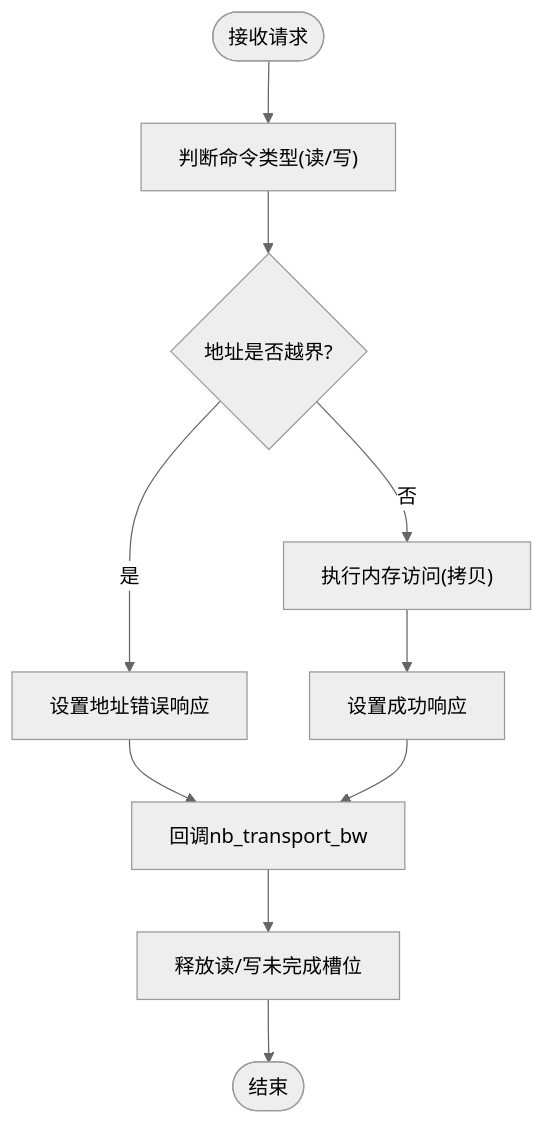
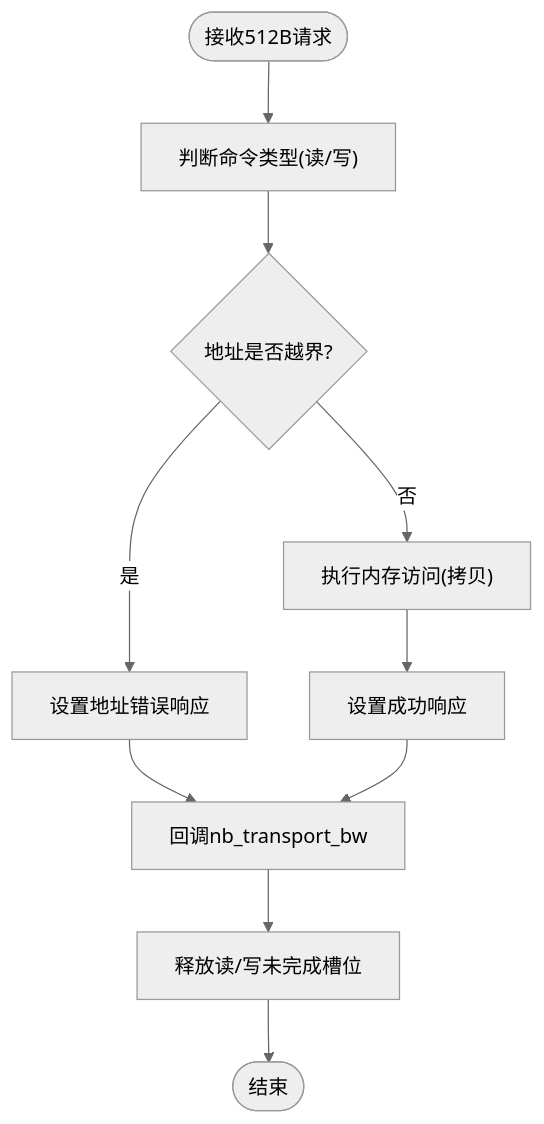
Before and after one commit to jiangjiang1122/iommu_model_20260401_v1: the fourth of 7 diagrams in .qoder/repowiki/zh/content/测试框架/测试框架.md, drawn with Mermaid (neutral theme). The commit also changed other lines of this file and 48 other files, not shown here.

````diff
--- a/.qoder/repowiki/zh/content/测试框架/测试框架.md
+++ b/.qoder/repowiki/zh/content/测试框架/测试框架.md
@@ -196,12 +201,12 @@
 ```mermaid
 flowchart TD
-Start(["接收请求"]) --> CheckCmd["判断命令类型(读/写)"]
+Start(["接收512B请求"]) --> CheckCmd["判断命令类型(读/写)"]
 CheckCmd --> AddrValid{"地址是否越界?"}
 AddrValid --> |否| ExecAccess["执行内存访问(拷贝)"]
 AddrValid --> |是| SetErr["设置地址错误响应"]
 ExecAccess --> SetOK["设置成功响应"]
 SetErr --> ReturnResp["回调nb_transport_bw"]
 SetOK --> ReturnResp
 ReturnResp --> DecOut["释放读/写未完成槽位"]
 DecOut --> End(["结束"])
 ```
````
